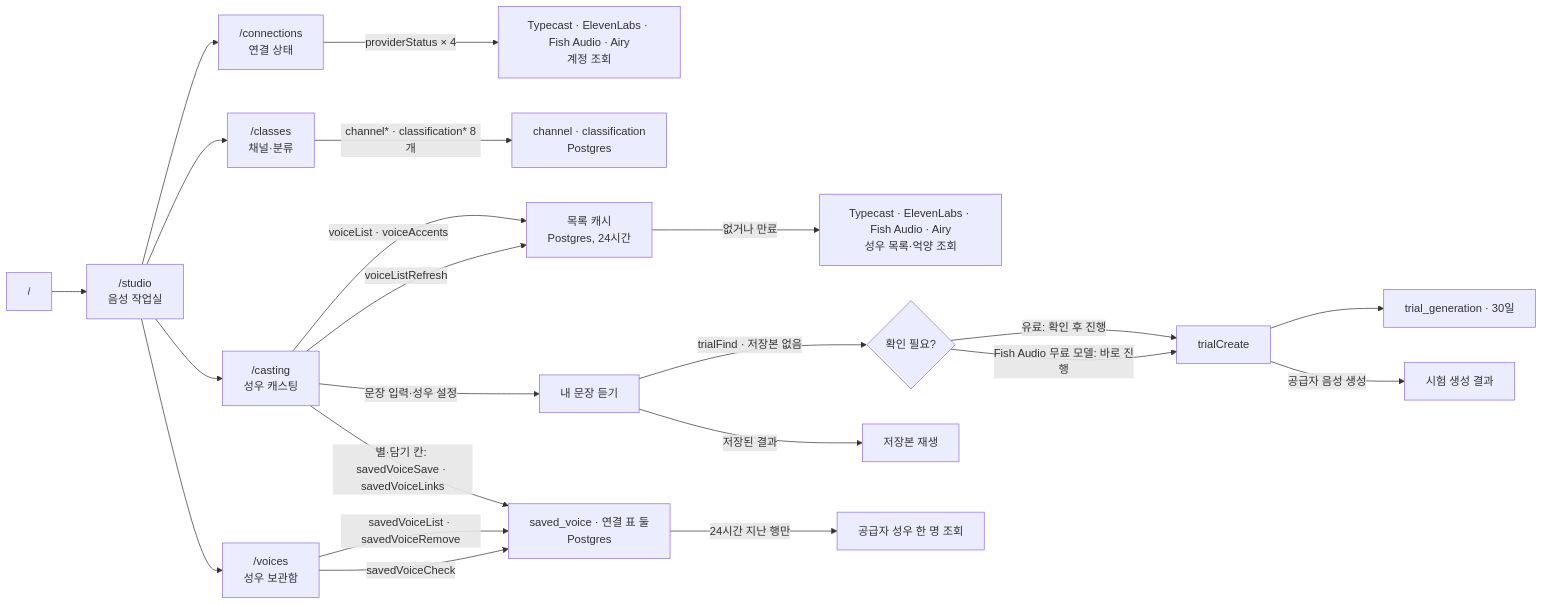
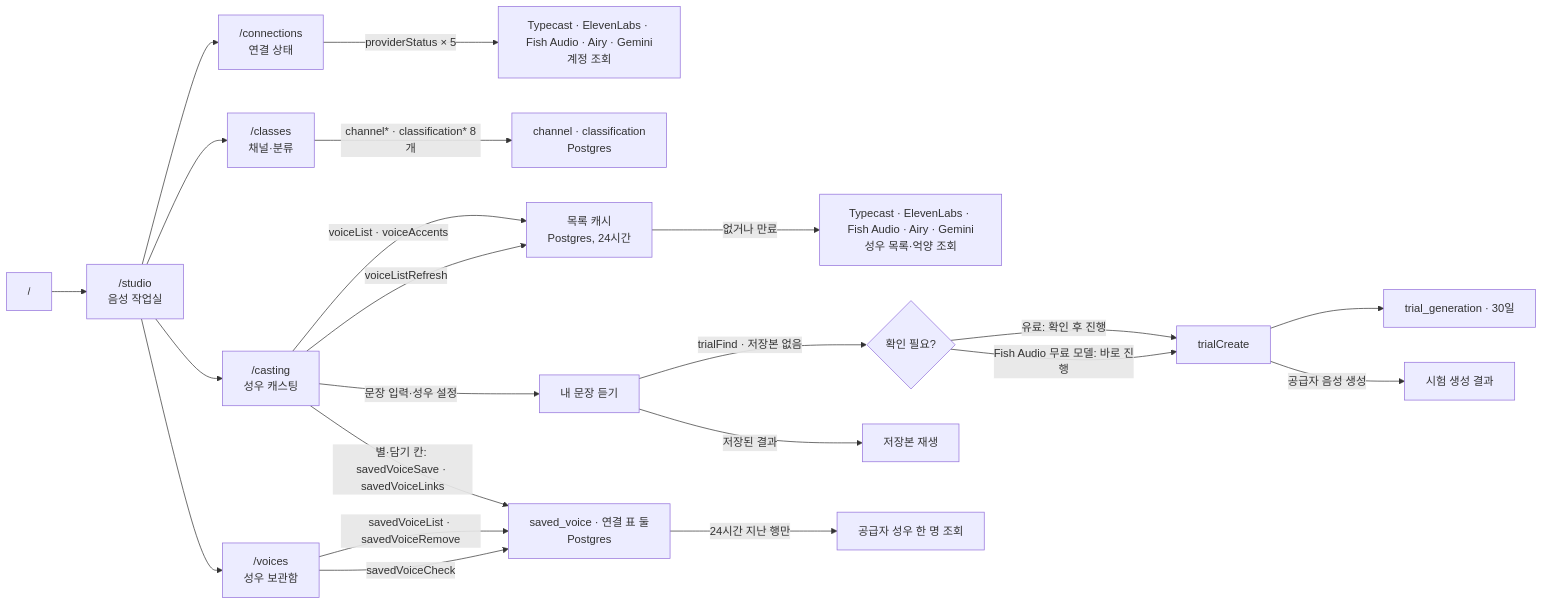
One commit to roadkwonai/omni-ai-tts changed the diagram in docs/domain/project.md. Above: the diagram before and after it, drawn with Mermaid. The commit also changed other lines of this file and 75 other files, not shown here.

````diff
--- a/docs/domain/project.md
+++ b/docs/domain/project.md
@@ -18,24 +18,24 @@
 ```mermaid
 flowchart LR
   R["/"] --> S["/studio<br/>음성 작업실"]
   S --> C["/connections<br/>연결 상태"]
-  C -->|providerStatus × 4| P["Typecast · ElevenLabs · Fish Audio · Airy<br/>계정 조회"]
+  C -->|providerStatus × 5| P["Typecast · ElevenLabs · Fish Audio · Airy · Gemini<br/>계정 조회"]
   S --> CL["/classes<br/>채널·분류"]
   CL -->|"channel* · classification* 8개"| CD["channel · classification<br/>Postgres"]
   S --> V["/casting<br/>성우 캐스팅"]
   V -->|"voiceList · voiceAccents"| K["목록 캐시<br/>Postgres, 24시간"]
-  K -->|"없거나 만료"| L["Typecast · ElevenLabs · Fish Audio · Airy<br/>성우 목록·억양 조회"]
+  K -->|"없거나 만료"| L["Typecast · ElevenLabs · Fish Audio · Airy · Gemini<br/>성우 목록·억양 조회"]
   V -->|voiceListRefresh| K
   V -->|문장 입력·성우 설정| TF["내 문장 듣기"]
   TF -->|trialFind · 저장본 없음| TC{"확인 필요?"}
   TC -->|유료: 확인 후 진행| TCR["trialCreate"]
   TC -->|Fish Audio 무료 모델: 바로 진행| TCR
   TF -->|저장된 결과| TA["저장본 재생"]
   TCR --> TR["trial_generation · 30일"]
   TCR -->|공급자 음성 생성| TOUT["시험 생성 결과"]
   V -->|"별·담기 칸: savedVoiceSave · savedVoiceLinks"| SV["saved_voice · 연결 표 둘<br/>Postgres"]
   S --> LB["/voices<br/>성우 보관함"]
   LB -->|"savedVoiceList · savedVoiceRemove"| SV
   LB -->|savedVoiceCheck| SV
   SV -->|"24시간 지난 행만"| G["공급자 성우 한 명 조회"]
 ```
````
